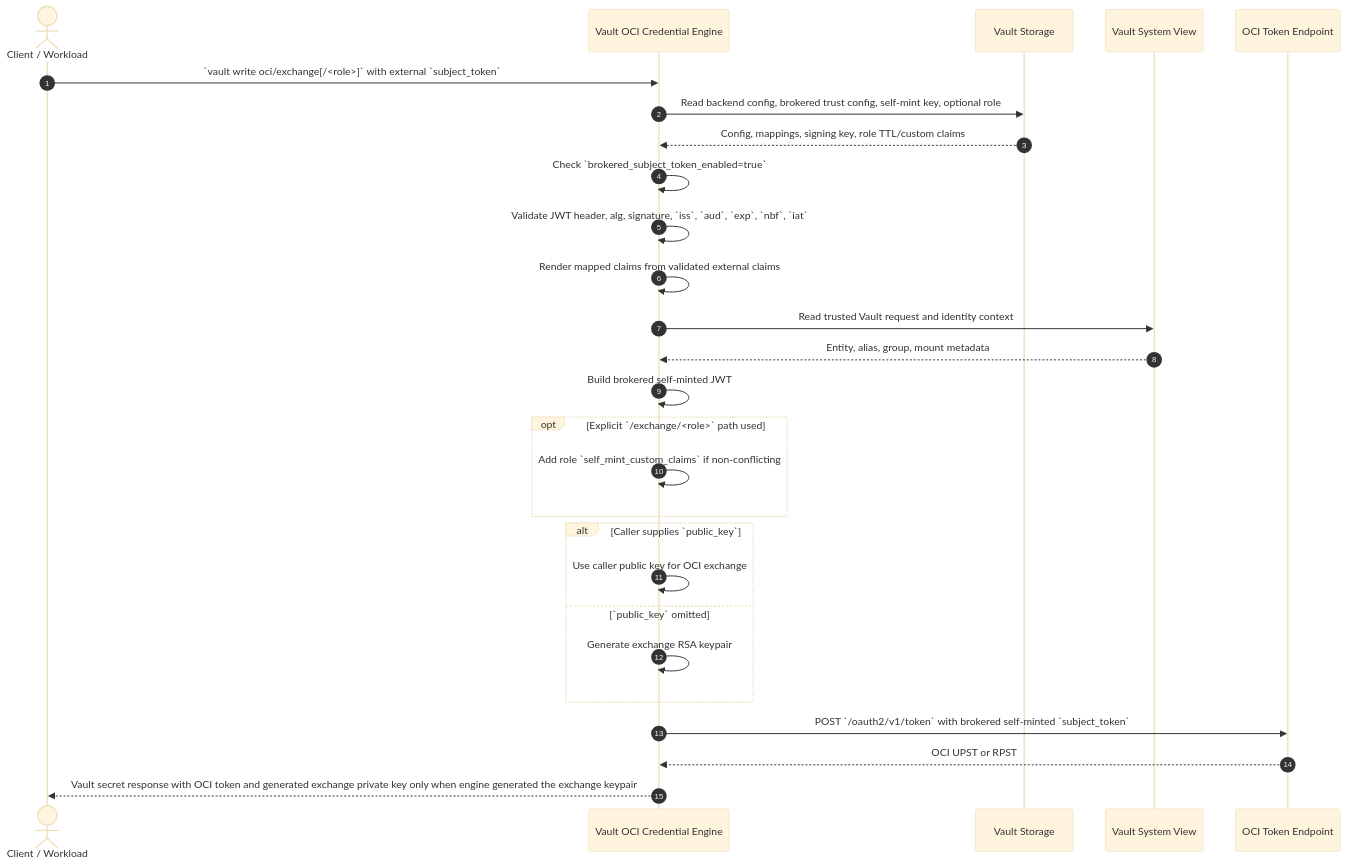
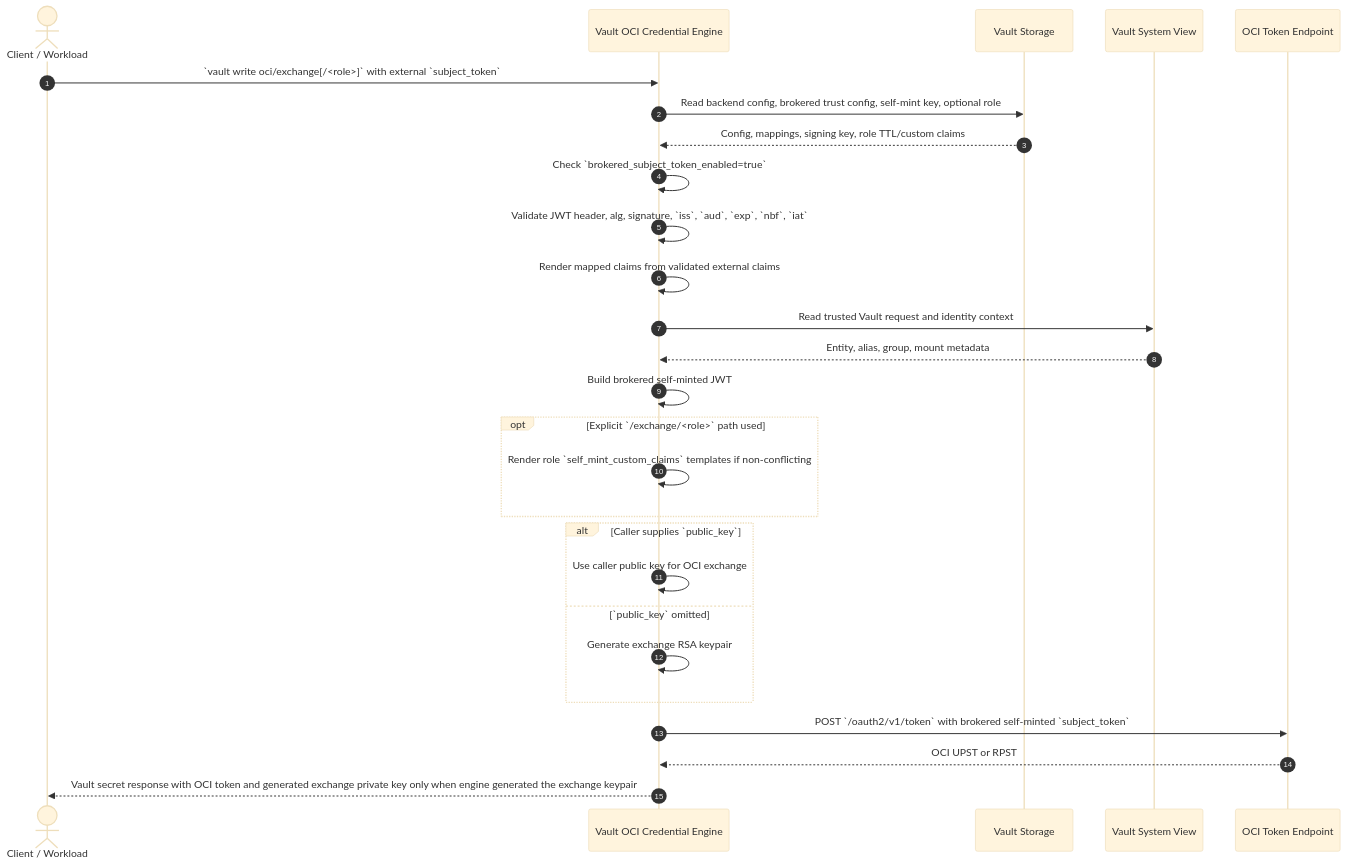
Before and after one commit to gtrevorrow/Hashicorp-OCI-credential-engine: the diagram in docs/sequence-diagrams/06-brokered-subject-token.mmd, drawn with Mermaid (base theme). The commit also changed 2 other files, not shown here.

Commit message:
docs(readme): document self-mint claim templates

```diff
--- a/docs/sequence-diagrams/06-brokered-subject-token.mmd
+++ b/docs/sequence-diagrams/06-brokered-subject-token.mmd
@@ -1,28 +1,28 @@
 sequenceDiagram
     autonumber
     actor C as Client / Workload
     participant V as Vault OCI Credential Engine
     participant S as Vault Storage
     participant SV as Vault System View
     participant O as OCI Token Endpoint
 
     C->>V: `vault write oci/exchange[/<role>]` with external `subject_token`
     V->>S: Read backend config, brokered trust config, self-mint key, optional role
     S-->>V: Config, mappings, signing key, role TTL/custom claims
     V->>V: Check `brokered_subject_token_enabled=true`
     V->>V: Validate JWT header, alg, signature, `iss`, `aud`, `exp`, `nbf`, `iat`
     V->>V: Render mapped claims from validated external claims
     V->>SV: Read trusted Vault request and identity context
     SV-->>V: Entity, alias, group, mount metadata
     V->>V: Build brokered self-minted JWT
     opt Explicit `/exchange/<role>` path used
-        V->>V: Add role `self_mint_custom_claims` if non-conflicting
+        V->>V: Render role `self_mint_custom_claims` templates if non-conflicting
     end
     alt Caller supplies `public_key`
         V->>V: Use caller public key for OCI exchange
     else `public_key` omitted
         V->>V: Generate exchange RSA keypair
     end
     V->>O: POST `/oauth2/v1/token` with brokered self-minted `subject_token`
     O-->>V: OCI UPST or RPST
     V-->>C: Vault secret response with OCI token and generated exchange private key only when engine generated the exchange keypair
```
